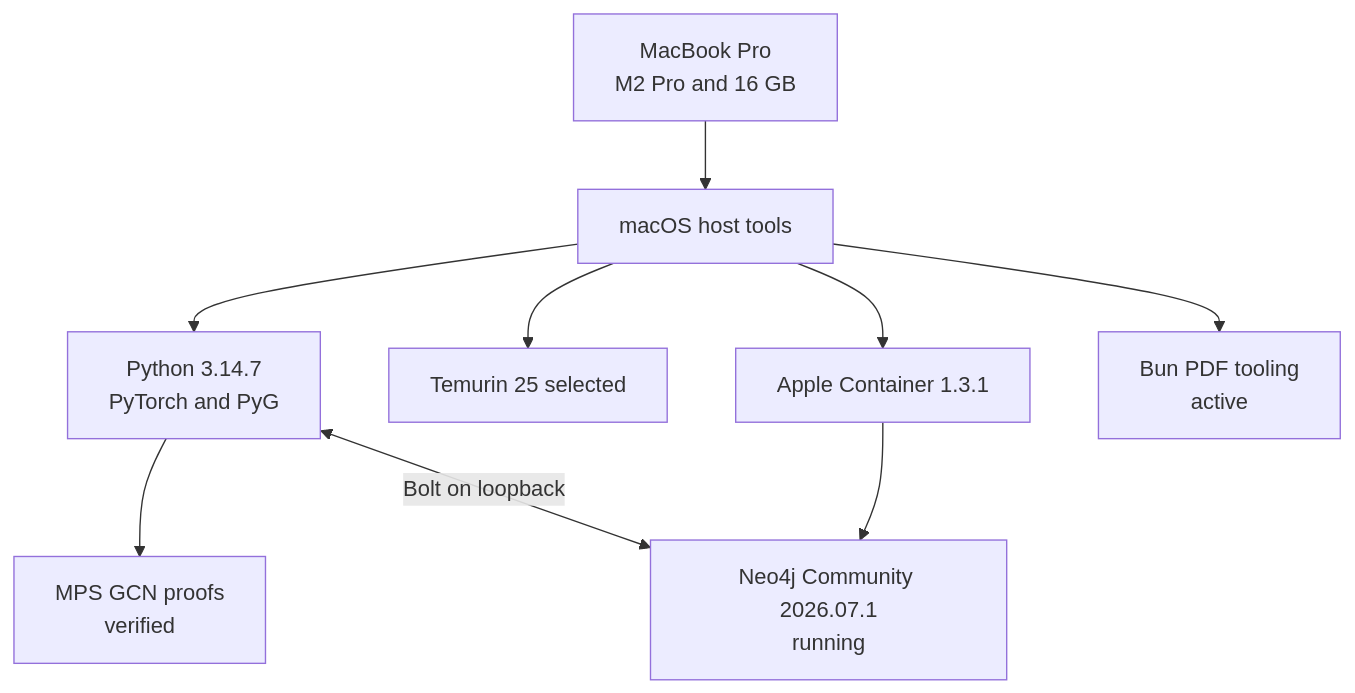
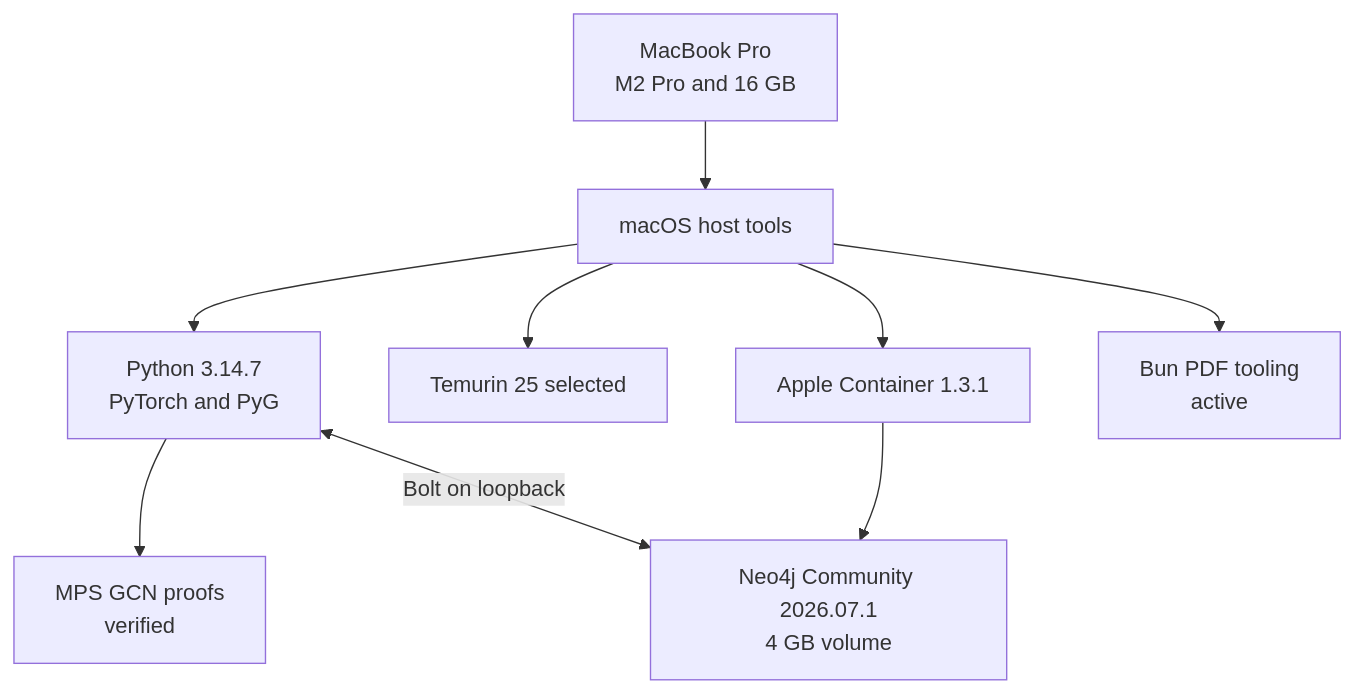
One commit to gh-andirdju/ml changed the diagram in docs/00-status/current-state.md. Above: the diagram before and after it, drawn with Mermaid. The commit also changed other lines of this file and 27 other files, not shown here.

````diff
--- a/docs/00-status/current-state.md
+++ b/docs/00-status/current-state.md
@@ -24,12 +25,12 @@
 ```mermaid
 flowchart TB
     laptop[MacBook Pro<br/>M2 Pro and 16 GB]
     laptop --> host[macOS host tools]
     host --> python[Python 3.14.7<br/>PyTorch and PyG]
     host --> java[Temurin 25 selected]
     host --> apple[Apple Container 1.3.1]
     host --> pdf[Bun PDF tooling<br/>active]
     python --> mps[MPS GCN proofs<br/>verified]
-    apple --> neo[Neo4j Community 2026.07.1<br/>running]
+    apple --> neo[Neo4j Community 2026.07.1<br/>4 GB volume]
     python <-->|Bolt on loopback| neo
 ```
````
